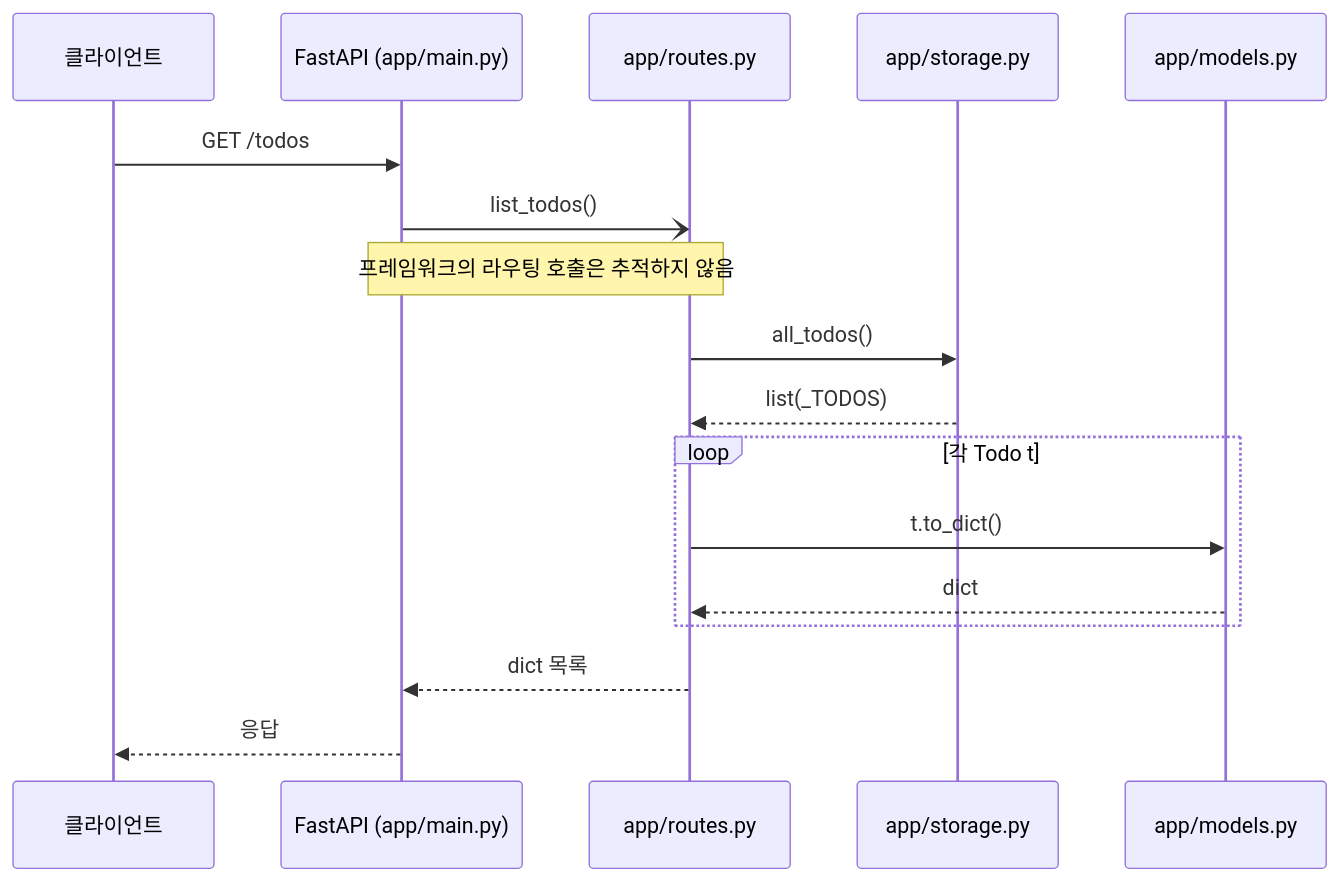
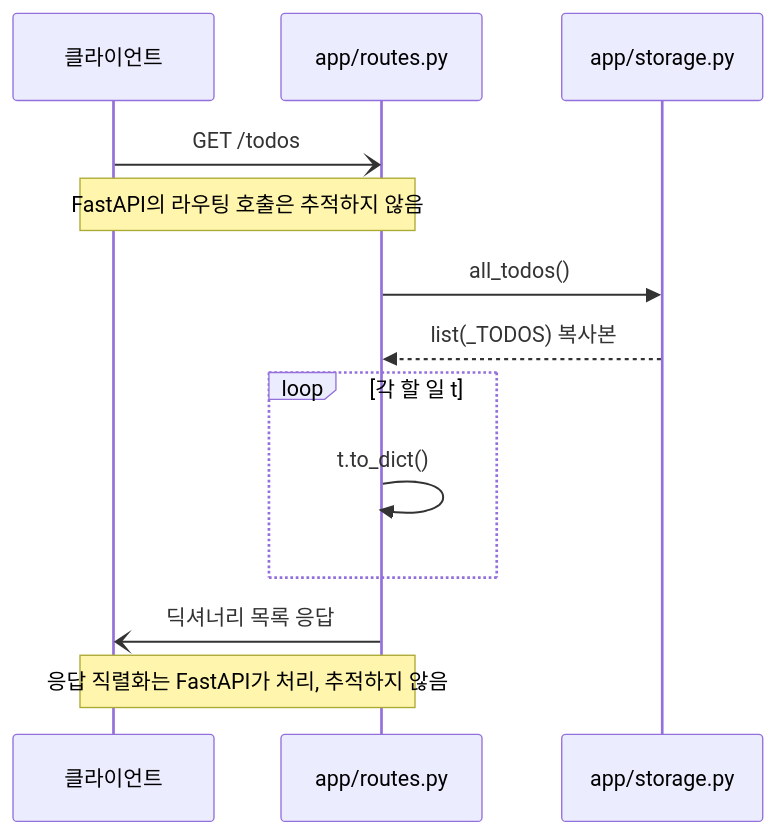
One commit to hxxnn/codemap changed the second of 3 diagrams in examples/python-todo-api/docs/codemap/sequence-flow.md. Above: the diagram before and after it, drawn with Mermaid. The commit also changed other lines of this file and 45 other files, not shown here.

````diff
--- a/examples/python-todo-api/docs/codemap/sequence-flow.md
+++ b/examples/python-todo-api/docs/codemap/sequence-flow.md
@@ -58,19 +55,15 @@
 ```mermaid
 sequenceDiagram
   participant C as 클라이언트
-  participant F as FastAPI (app/main.py)
   participant R as app/routes.py
   participant S as app/storage.py
-  participant M as app/models.py
-  C->>F: GET /todos
-  F-)R: list_todos()
-  Note over F,R: 프레임워크의 라우팅 호출은 추적하지 않음
+  C-)R: GET /todos
+  Note over C,R: FastAPI의 라우팅 호출은 추적하지 않음
   R->>S: all_todos()
-  S-->>R: list(_TODOS)
-  loop 각 Todo t
-    R->>M: t.to_dict()
-    M-->>R: dict
+  S-->>R: list(_TODOS) 복사본
+  loop 각 할 일 t
+    R->>R: t.to_dict()
   end
-  R-->>F: dict 목록
-  F-->>C: 응답
+  R-)C: 딕셔너리 목록 응답
+  Note over R,C: 응답 직렬화는 FastAPI가 처리, 추적하지 않음
 ```
````
